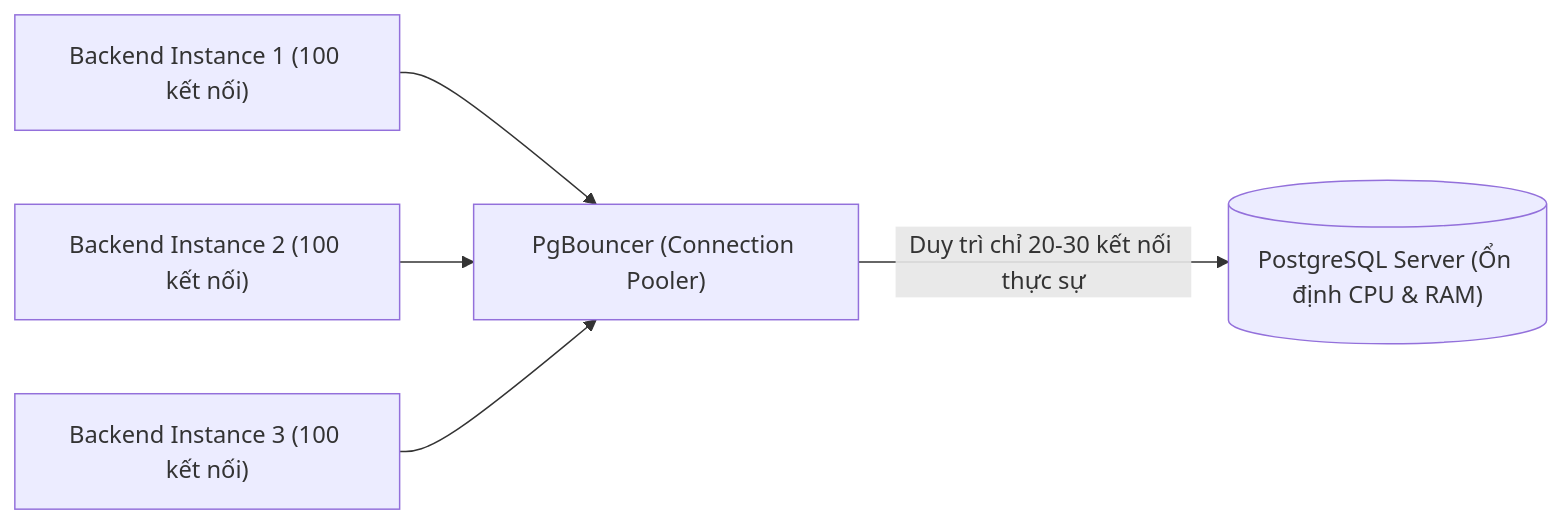
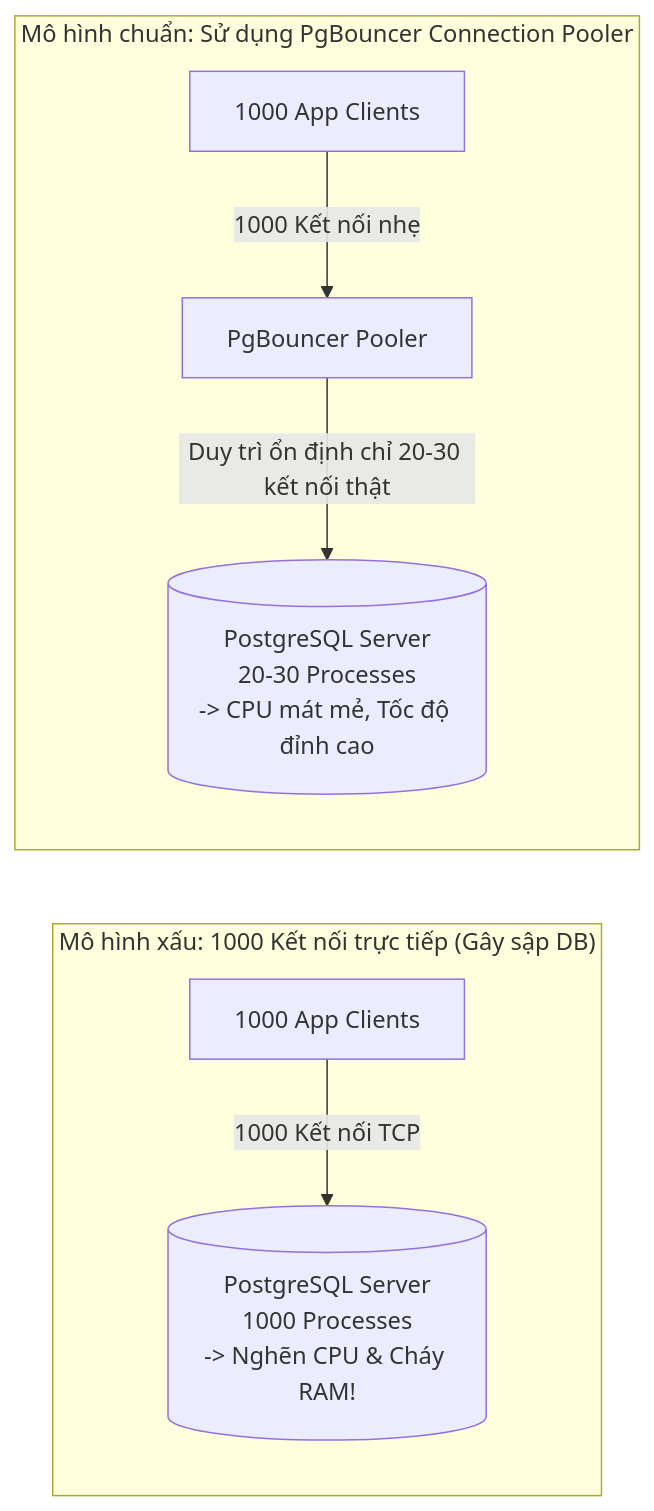
Before and after one commit to ThanhPhongvipvip/Tutorial: diagram 11 of 14 in database/Database.md, drawn with Mermaid. The commit also changed other lines of this file, not shown here.

````diff
--- a/database/Database.md
+++ b/database/Database.md
@@ -1048,7 +1404,15 @@
 ```mermaid
 flowchart LR
-    App1["Backend Instance 1 (100 kết nối)"] --> PB["PgBouncer (Connection Pooler)"]
-    App2["Backend Instance 2 (100 kết nối)"] --> PB
-    App3["Backend Instance 3 (100 kết nối)"] --> PB
-    PB -->|"Duy trì chỉ 20-30 kết nối thực sự"| PG[("PostgreSQL Server (Ổn định CPU & RAM)")]
+    subgraph Bad ["Mô hình xấu: 1000 Kết nối trực tiếp (Gây sập DB)"]
+        A1["1000 App Clients"] -->|"1000 Kết nối TCP"| PG1[("PostgreSQL Server
+1000 Processes
+-> Nghẽn CPU & Cháy RAM!")]
+    end
+
+    subgraph Good ["Mô hình chuẩn: Sử dụng PgBouncer Connection Pooler"]
+        A2["1000 App Clients"] -->|"1000 Kết nối nhẹ"| PB["PgBouncer Pooler"]
+        PB -->|"Duy trì ổn định chỉ 20-30 kết nối thật"| PG2[("PostgreSQL Server
+20-30 Processes
+-> CPU mát mẻ, Tốc độ đỉnh cao")]
+    end
 ```
````
